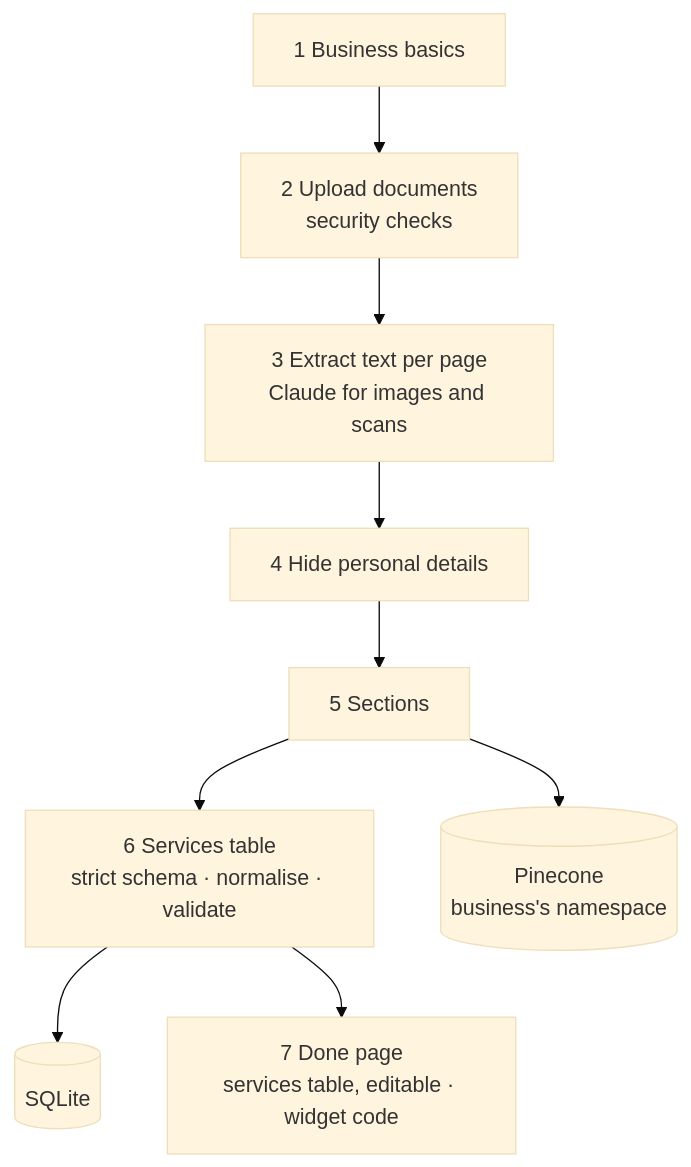
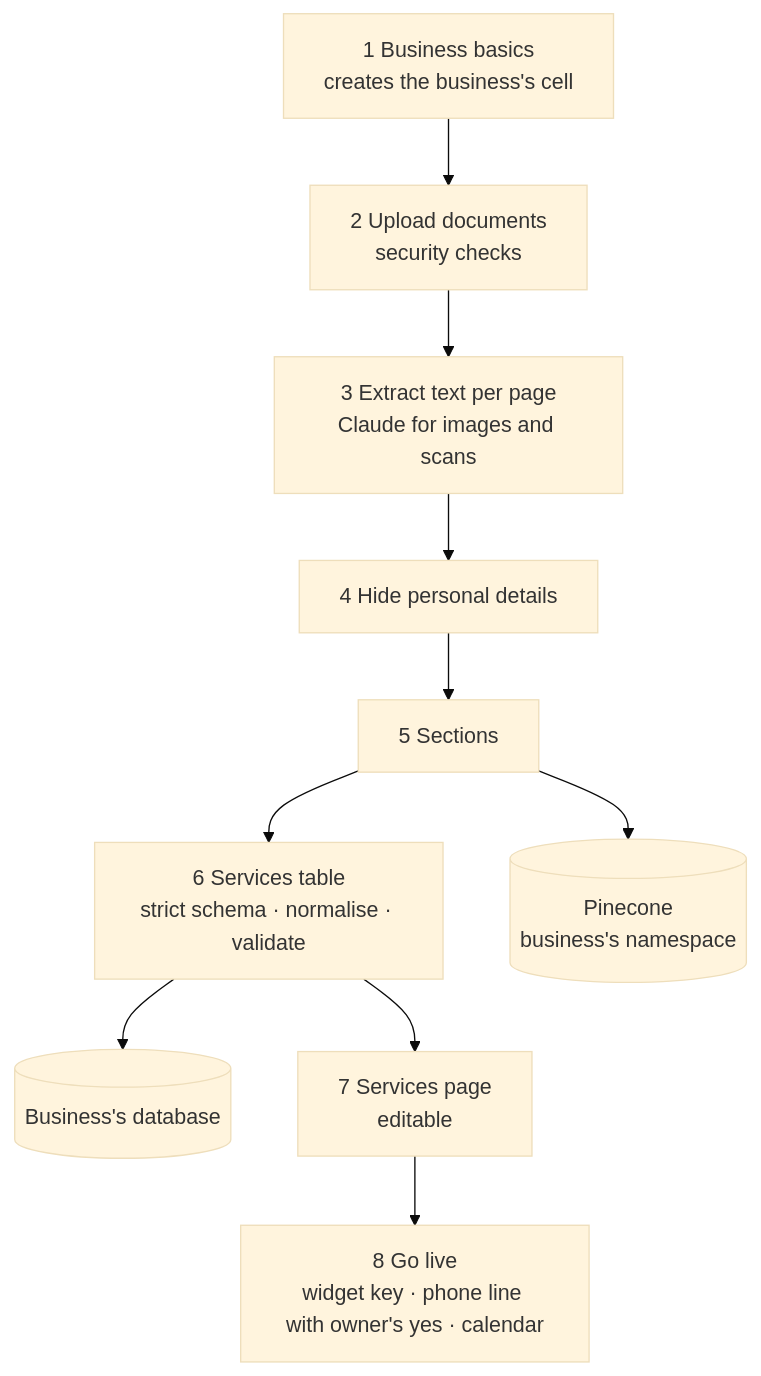
One commit to BharathiRaja-Palaniswamy/smartdesk changed the second of 3 diagrams in docs/PLAN.md. Above: the diagram before and after it, drawn with Mermaid (base theme). The commit also changed other lines of this file and 7 other files, not shown here.

First line of the commit message:
Cells: isolation per business, go-live, reset and delete; Google Calendar for v1

````diff
--- a/docs/PLAN.md
+++ b/docs/PLAN.md
@@ -118,11 +123,12 @@
 ```mermaid
 flowchart TD
-  B[1 Business basics] --> U[2 Upload documents<br/>security checks]
+  B[1 Business basics<br/>creates the business's cell] --> U[2 Upload documents<br/>security checks]
   U --> X[3 Extract text per page<br/>Claude for images and scans]
   X --> R[4 Hide personal details]
   R --> S[5 Sections]
   S --> T[6 Services table<br/>strict schema · normalise · validate]
   S --> P[(Pinecone<br/>business's namespace)]
-  T --> Q[(SQLite)]
-  T --> D[7 Done page<br/>services table, editable · widget code]
+  T --> Q[(Business's database)]
+  T --> E[7 Services page<br/>editable]
+  E --> G[8 Go live<br/>widget key · phone line with owner's yes · calendar]
 ```
````
